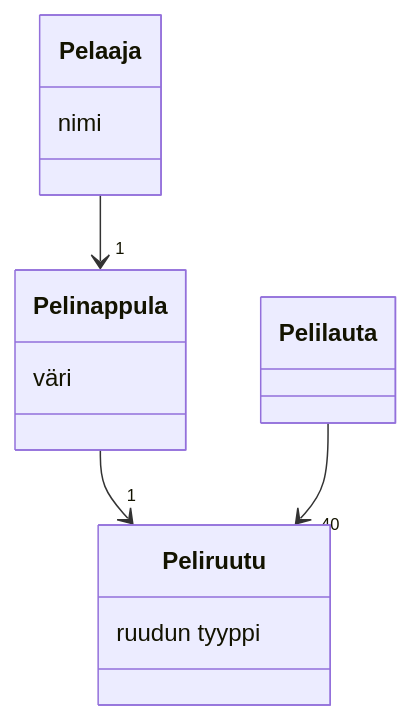
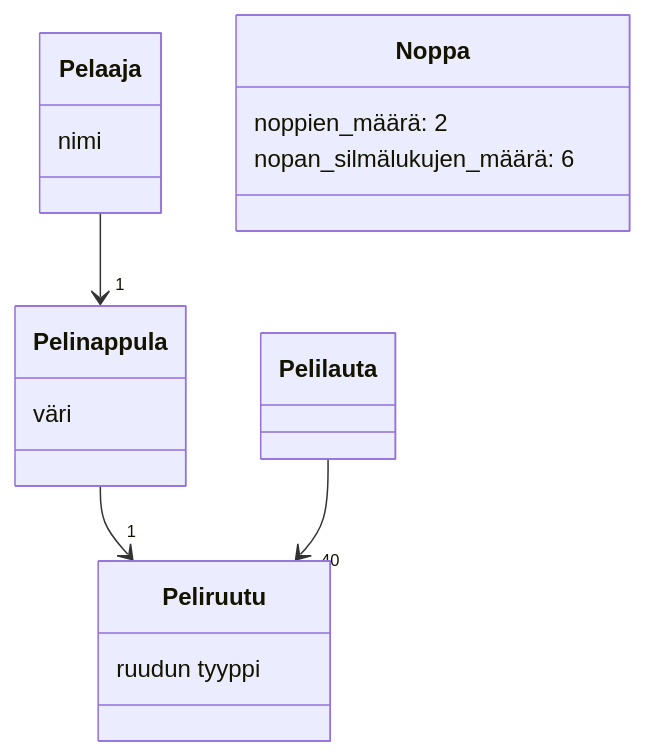
Before and after one commit to Jusq17/ot-harjoitustyo: the diagram in laskarit/viikko3/monopoli.md, drawn with Mermaid.

````diff
--- a/laskarit/viikko3/monopoli.md
+++ b/laskarit/viikko3/monopoli.md
@@ -3,25 +3,30 @@
 ```mermaid
 
   classDiagram
   
   Pelaaja --> "1" Pelinappula
   Pelinappula --> "1" Peliruutu
   Pelilauta --> "40" Peliruutu
     
     class Pelaaja{
       nimi
     }
     
     class Pelinappula{
       väri
     }
     
     class Pelilauta{
     
     }
     
     class Peliruutu{
       ruudun tyyppi
     }
+    
+    class Noppa{
+      noppien_määrä: 2
+      nopan_silmälukujen_määrä: 6
+    }
 
 ```
````
